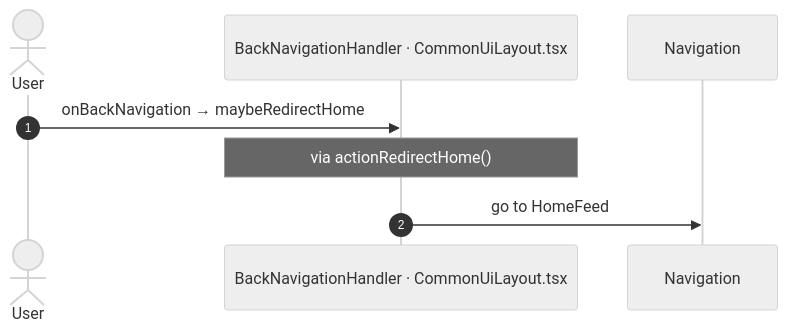
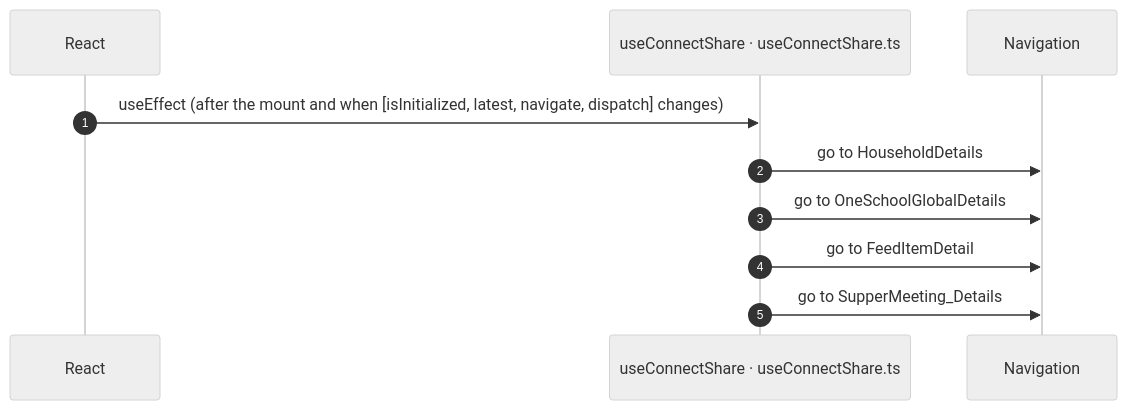
The third of 3 diagrams in route-actions/routes/ConnectShare.md (Phoenix-DX/connect-new-ui), drawn with Mermaid (neutral theme) before and after one commit. The commit also changed other lines of this file and 52 other files, not shown here.

Commit message:
route actions: all 51 routes in layout v2 (40 differences: 38 calls, 2 navigation parameters)

````diff
--- a/route-actions/routes/ConnectShare.md
+++ b/route-actions/routes/ConnectShare.md
@@ -126,10 +190,12 @@
 ```mermaid
 sequenceDiagram
   autonumber
-  actor U as User
-  participant H as BackNavigationHandler · CommonUiLayout.tsx
+  participant R as React
+  participant H as useConnectShare · useConnectShare.ts
   participant N as Navigation
-  U->>H: onBackNavigation → maybeRedirectHome
-  Note over H: via actionRedirectHome()
-  H->>N: go to HomeFeed
+  R->>H: useEffect (after the mount and when [isInitialized, latest, navigate, dispatch] changes)
+  H->>N: go to HouseholdDetails
+  H->>N: go to OneSchoolGlobalDetails
+  H->>N: go to FeedItemDetail
+  H->>N: go to SupperMeeting_Details
 ```
````
